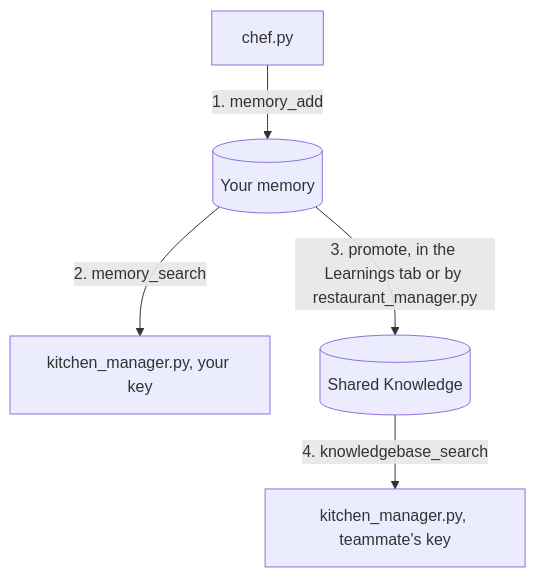
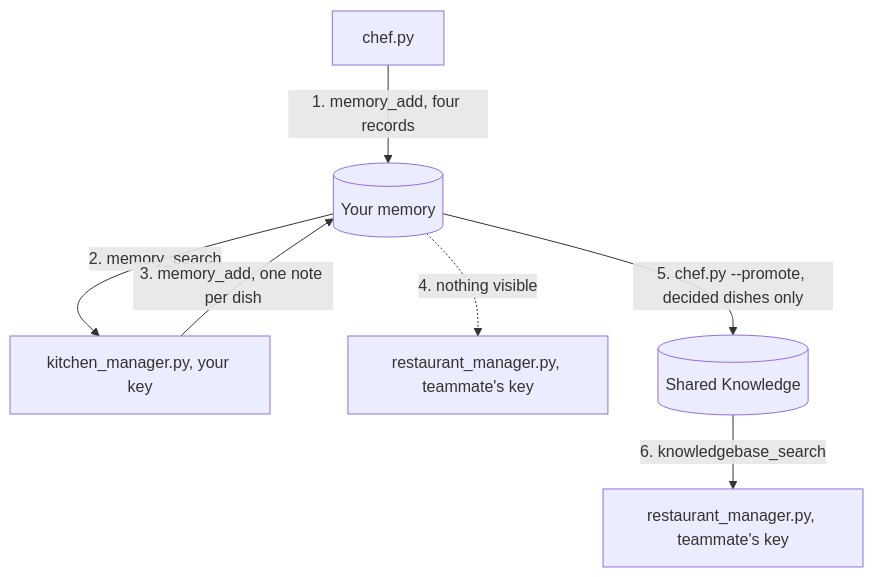
The diagram in README.md (YugabyteDB-Samples/meko-agent-handoff), drawn with Mermaid before and after one commit. The commit also changed other lines of this file and 6 other files, not shown here.

First line of the commit message:
Rework the flow: the chef shares, the kitchen manager writes, the restaurant manager publishes

````diff
--- a/README.md
+++ b/README.md
@@ -38,7 +39,9 @@
 ```mermaid
 flowchart TD
-R["chef.py"] -->|"1. memory_add"| M[("Your memory")]
-M -->|"2. memory_search"| W["kitchen_manager.py, your key"]
-M -->|"3. promote, in the Learnings tab or by restaurant_manager.py"| K[("Shared Knowledge")]
-K -->|"4. knowledgebase_search"| T["kitchen_manager.py, teammate's key"]
+C["chef.py"] -->|"1. memory_add, four records"| M[("Your memory")]
+M -->|"2. memory_search"| K["kitchen_manager.py, your key"]
+K -->|"3. memory_add, one note per dish"| M
+M -.->|"4. nothing visible"| R1["restaurant_manager.py, teammate's key"]
+M -->|"5. chef.py --promote, decided dishes only"| S[("Shared Knowledge")]
+S -->|"6. knowledgebase_search"| R2["restaurant_manager.py, teammate's key"]
 ```
````
